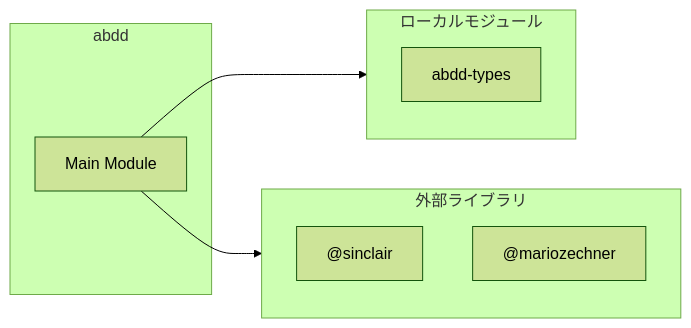
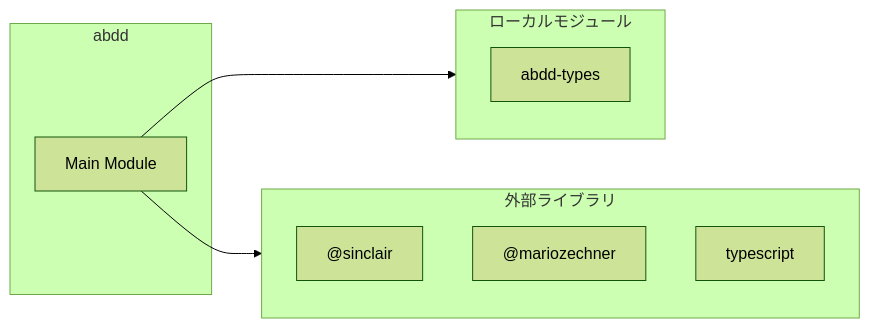
The seventh of 7 diagrams in ABDD/.pi/extensions/abdd.md (Mekann2904/mekann), drawn with Mermaid (forest theme) before and after one commit. The commit also changed other lines of this file and 257 other files, not shown here.

````diff
--- a/ABDD/.pi/extensions/abdd.md
+++ b/ABDD/.pi/extensions/abdd.md
@@ -231,15 +270,16 @@
 ```mermaid
 flowchart LR
   subgraph this[abdd]
     main[Main Module]
   end
   subgraph local[ローカルモジュール]
     abdd_types["abdd-types"]
   end
   main --> local
   subgraph external[外部ライブラリ]
     _sinclair["@sinclair"]
     _mariozechner["@mariozechner"]
+    typescript["typescript"]
   end
   main --> external
 ```
````
